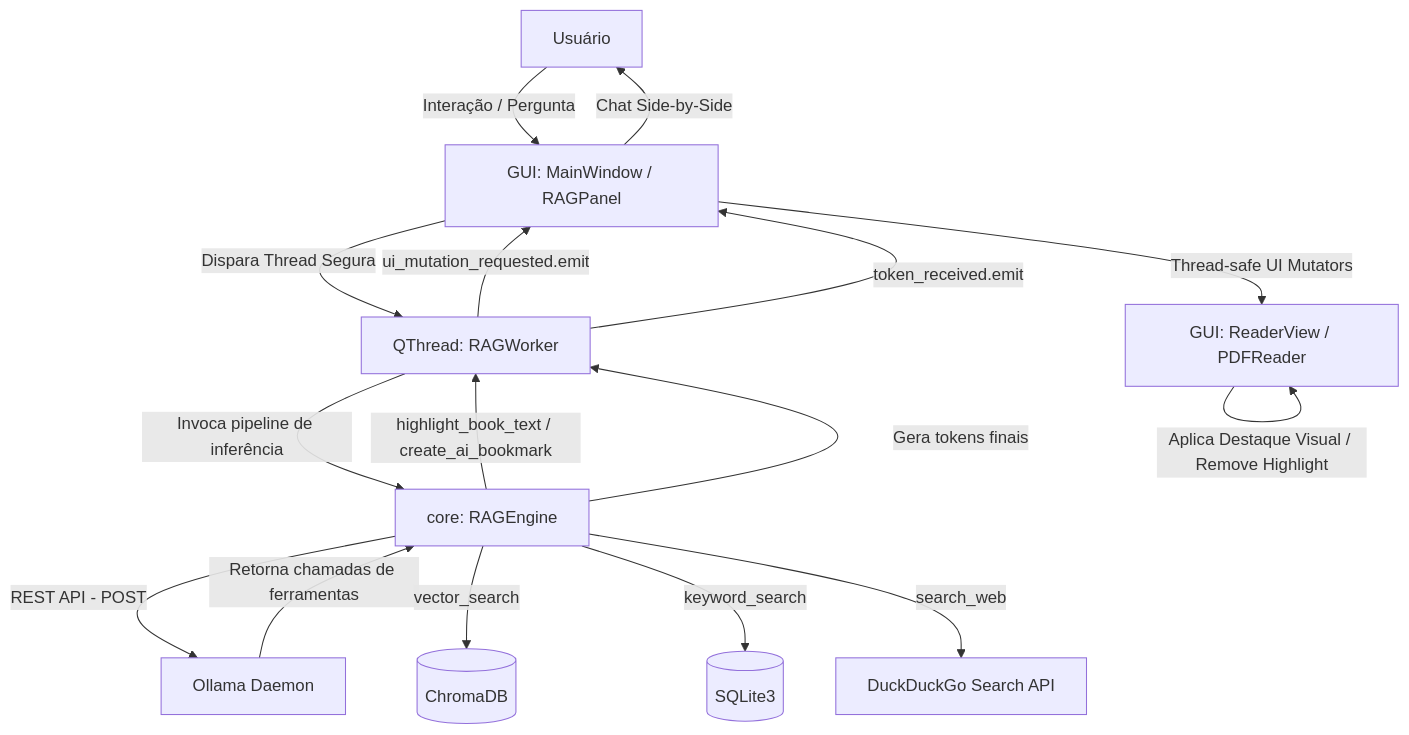
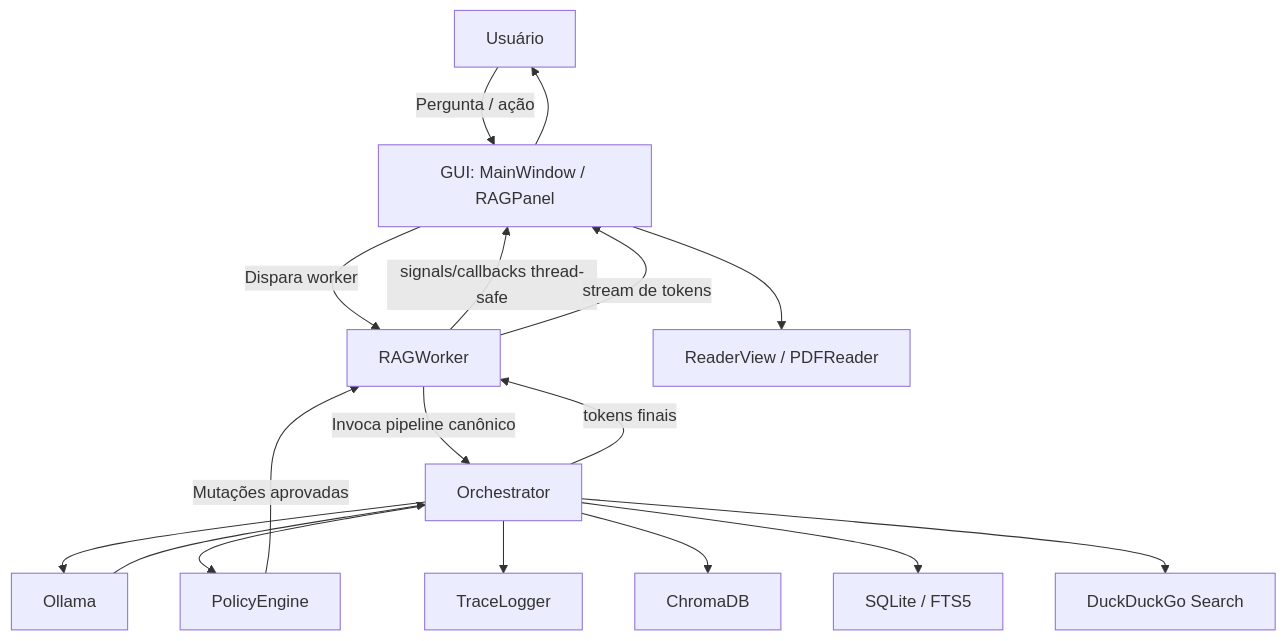
The diagram in project_report.md (JFWOH/biblioteca-pessoal), drawn with Mermaid before and after one commit. The commit also changed other lines of this file and 48 other files, not shown here.

````diff
--- a/project_report.md
+++ b/project_report.md
@@ -40,20 +108,21 @@
 ```mermaid
 graph TD
-    A[Usuário] -->|Interação / Pergunta| B[GUI: MainWindow / RAGPanel]
-    B -->|Dispara Thread Segura| C[QThread: RAGWorker]
-    C -->|Invoca pipeline de inferência| D[core: RAGEngine]
-    D -->|REST API - POST| E[Ollama Daemon]
-    E -->|Retorna chamadas de ferramentas| D
-    
-    D -->|vector_search| F[(ChromaDB)]
-    D -->|keyword_search| G[(SQLite3)]
-    D -->|search_web| H[DuckDuckGo Search API]
-    D -->|highlight_book_text / create_ai_bookmark| C
-    
-    C -->|ui_mutation_requested.emit| B
-    B -->|Thread-safe UI Mutators| I[GUI: ReaderView / PDFReader]
-    I -->|Aplica Destaque Visual / Remove Highlight| I
-    D -->|Gera tokens finais| C
-    C -->|token_received.emit| B
-    B -->|Chat Side-by-Side| A
+    A[Usuário] -->|Pergunta / ação| B[GUI: MainWindow / RAGPanel]
+    B -->|Dispara worker| C[RAGWorker]
+    C -->|Invoca pipeline canônico| D[Orchestrator]
+    D --> E[Ollama]
+    E --> D
+
+    D --> F[PolicyEngine]
+    D --> G[TraceLogger]
+    D --> H[ChromaDB]
+    D --> I[SQLite / FTS5]
+    D --> J[DuckDuckGo Search]
+
+    F -->|Mutações aprovadas| C
+    C -->|signals/callbacks thread-safe| B
+    B --> K[ReaderView / PDFReader]
+    D -->|tokens finais| C
+    C -->|stream de tokens| B
+    B --> A
 ```
````
